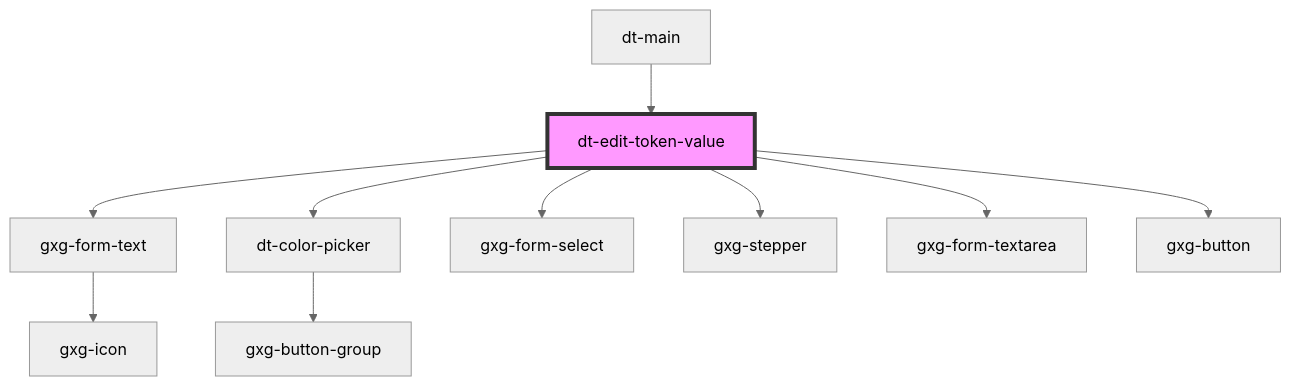
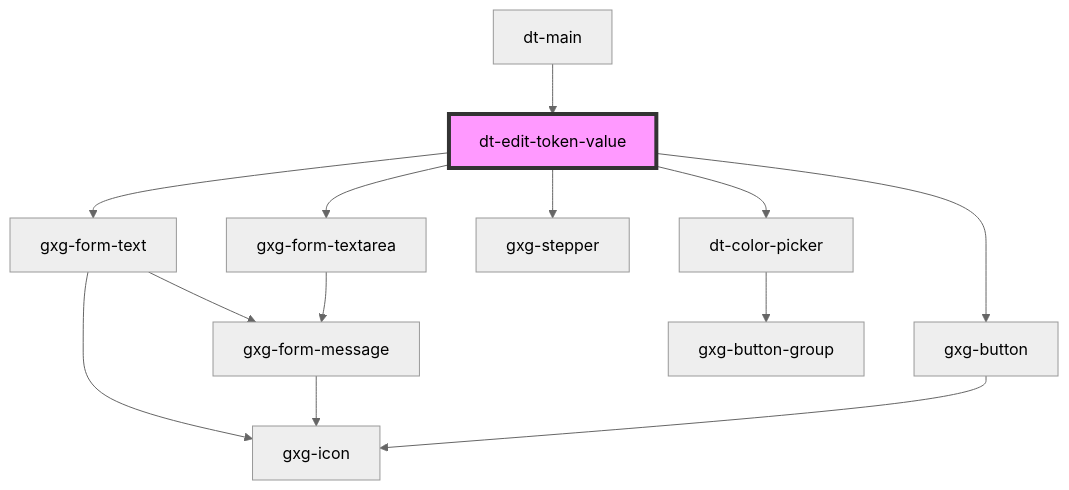
The diagram in src/components/edit-token-value/readme.md (genexuslabs/design-tokens-editor), drawn with Mermaid (neutral theme) before and after one commit. The commit also changed other lines of this file and 89 other files, not shown here.

````diff
--- a/src/components/edit-token-value/readme.md
+++ b/src/components/edit-token-value/readme.md
@@ -42,13 +41,16 @@
 ```mermaid
 graph TD;
   dt-edit-token-value --> gxg-form-text
   dt-edit-token-value --> dt-color-picker
-  dt-edit-token-value --> gxg-form-select
   dt-edit-token-value --> gxg-stepper
   dt-edit-token-value --> gxg-form-textarea
   dt-edit-token-value --> gxg-button
   gxg-form-text --> gxg-icon
+  gxg-form-text --> gxg-form-message
+  gxg-form-message --> gxg-icon
   dt-color-picker --> gxg-button-group
+  gxg-form-textarea --> gxg-form-message
+  gxg-button --> gxg-icon
   dt-main --> dt-edit-token-value
   style dt-edit-token-value fill:#f9f,stroke:#333,stroke-width:4px
 ```
````
